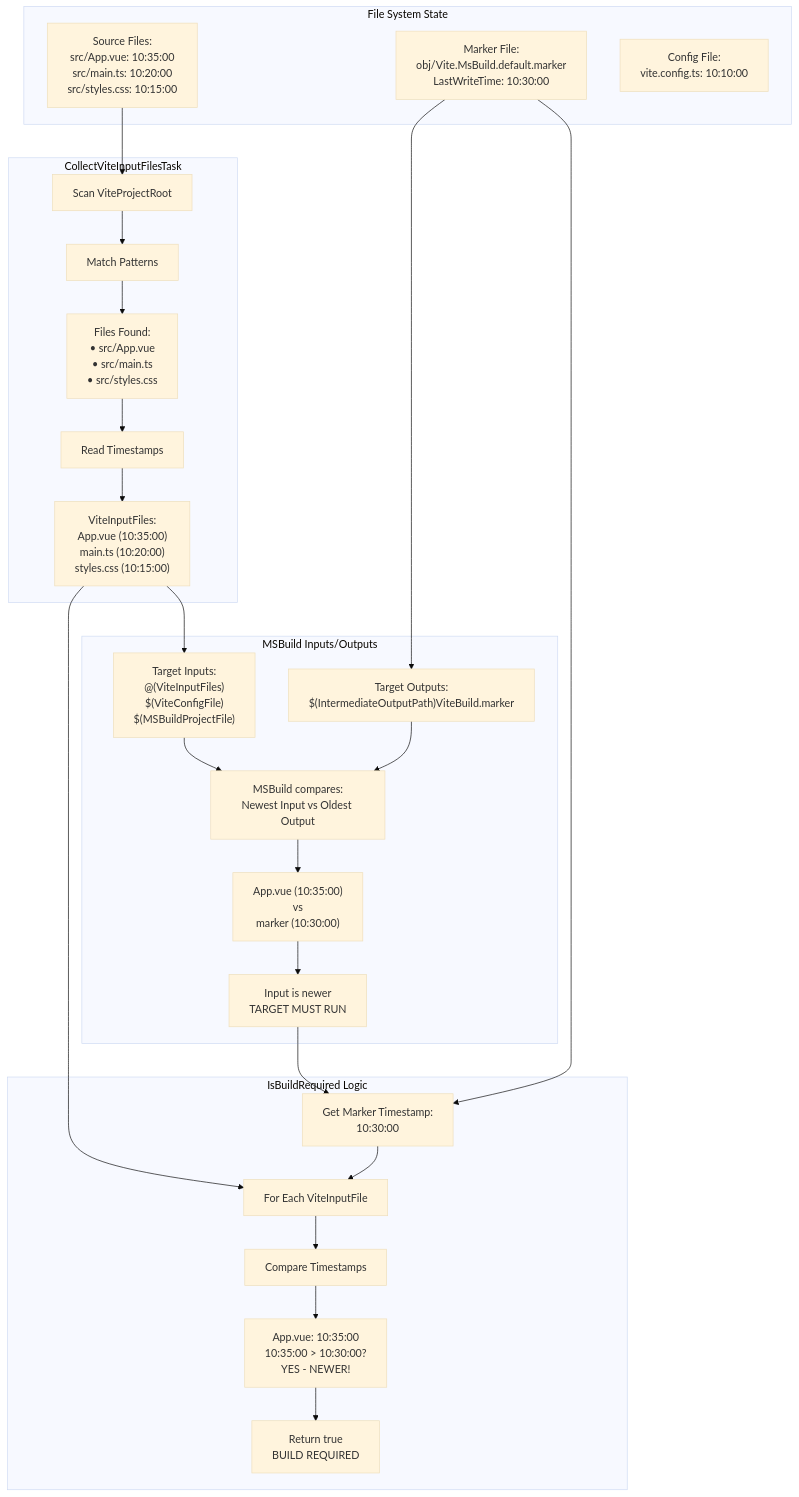
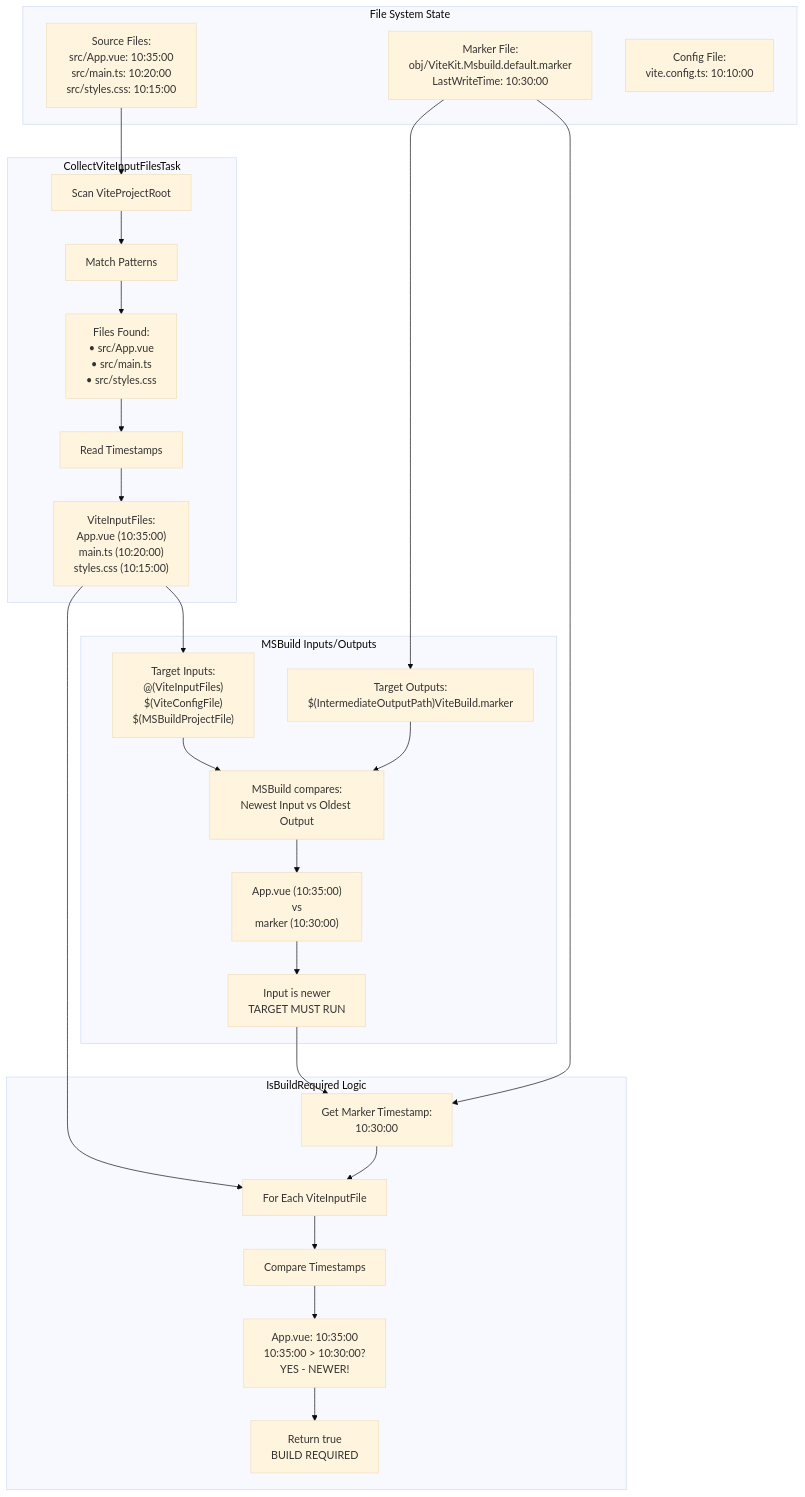
Before and after one commit to DigitalParadox/Vite.MsBuild: diagram 18 of 22 in docs/architecture/process-flow.md, drawn with Mermaid (base theme). The commit also changed other lines of this file and 38 other files, not shown here.

First line of the commit message:
refactor: rename Vite.MsBuild to ViteKit.Msbuild across documentation

````diff
--- a/docs/architecture/process-flow.md
+++ b/docs/architecture/process-flow.md
@@ -787,53 +787,53 @@
 ```mermaid
 graph TB
     subgraph "File System State"
         FS1["Source Files:<br/>src/App.vue: 10:35:00<br/>src/main.ts: 10:20:00<br/>src/styles.css: 10:15:00"]
-        FS2["Marker File:<br/>obj/Vite.MsBuild.default.marker<br/>LastWriteTime: 10:30:00"]
+        FS2["Marker File:<br/>obj/ViteKit.Msbuild.default.marker<br/>LastWriteTime: 10:30:00"]
         FS3["Config File:<br/>vite.config.ts: 10:10:00"]
     end
     
     subgraph "CollectViteInputFilesTask"
         C1[Scan ViteProjectRoot]
         C2[Match Patterns]
         C3["Files Found:<br/>• src/App.vue<br/>• src/main.ts<br/>• src/styles.css"]
         C4[Read Timestamps]
         C5["ViteInputFiles:<br/>App.vue (10:35:00)<br/>main.ts (10:20:00)<br/>styles.css (10:15:00)"]
     end
     
     subgraph "IsBuildRequired Logic"
         I1[Get Marker Timestamp:<br/>10:30:00]
         I2[For Each ViteInputFile]
         I3[Compare Timestamps]
         I4["App.vue: 10:35:00<br/>10:35:00 > 10:30:00?<br/>YES - NEWER!"]
         I5[Return true<br/>BUILD REQUIRED]
     end
     
     subgraph "MSBuild Inputs/Outputs"
         M1["Target Inputs:<br/>@(ViteInputFiles)<br/>$(ViteConfigFile)<br/>$(MSBuildProjectFile)"]
         M2["Target Outputs:<br/>$(IntermediateOutputPath)ViteBuild.marker"]
         M3["MSBuild compares:<br/>Newest Input vs Oldest Output"]
         M4["App.vue (10:35:00)<br/>vs<br/>marker (10:30:00)"]
         M5[Input is newer<br/>TARGET MUST RUN]
     end
     
     FS1 --> C1
     C1 --> C2
     C2 --> C3
     C3 --> C4
     C4 --> C5
     
     C5 --> M1
     FS2 --> M2
     M1 --> M3
     M2 --> M3
     M3 --> M4
     M4 --> M5
     
     M5 --> I1
     C5 --> I2
     FS2 --> I1
     I1 --> I2
     I2 --> I3
     I3 --> I4
     I4 --> I5
 ```
````
